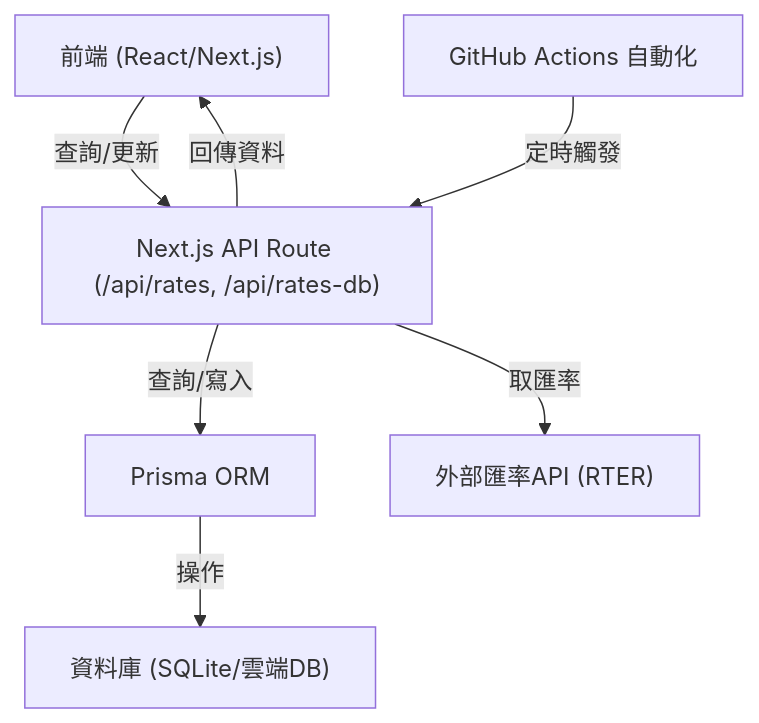
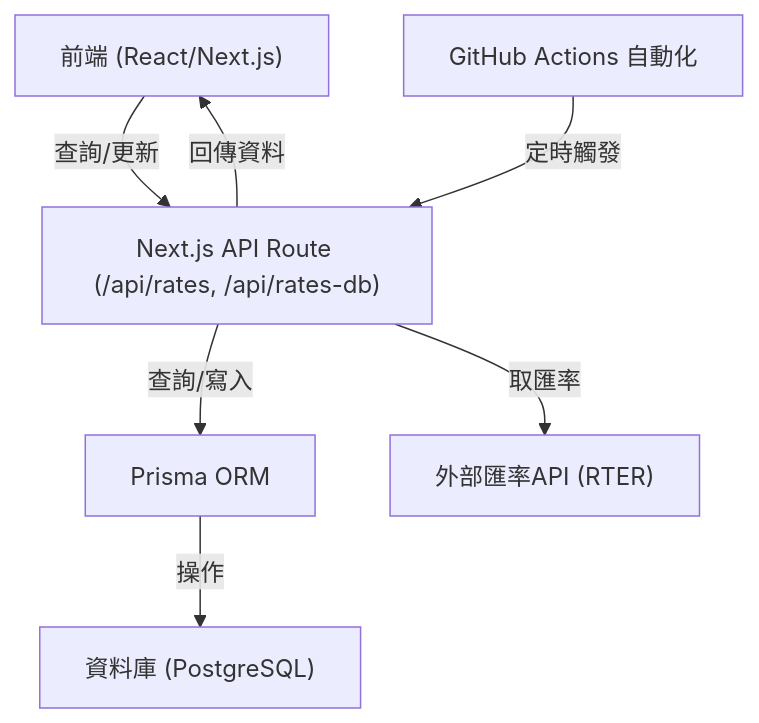
Before and after one commit to nick-jy-huang/rate-now: the diagram in README.md, drawn with Mermaid. The commit also changed other lines of this file, not shown here.

````diff
--- a/README.md
+++ b/README.md
@@ -9,16 +9,16 @@
 ```mermaid
 flowchart TD
   A["前端 (React/Next.js)"]
   B["Next.js API Route (/api/rates, /api/rates-db)"]
   C["Prisma ORM"]
-  D["資料庫 (SQLite/雲端DB)"]
+  D["資料庫 (PostgreSQL)"]
   E["外部匯率API (RTER)"]
   F["GitHub Actions 自動化"]
 
   A -->|"查詢/更新"| B
   B -->|"查詢/寫入"| C
   C -->|"操作"| D
   B -->|"取匯率"| E
   F -->|"定時觸發"| B
   B -->|"回傳資料"| A
 ```
````
